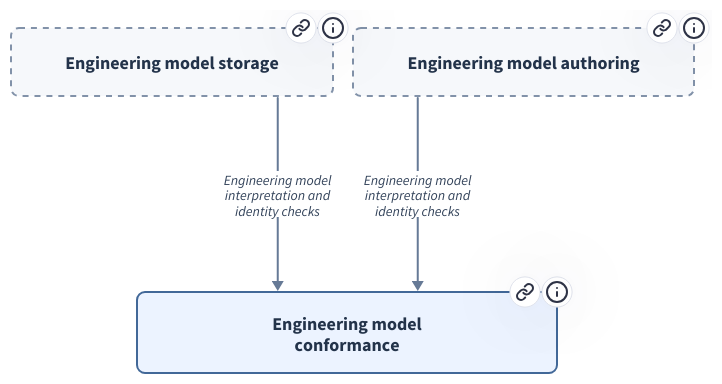
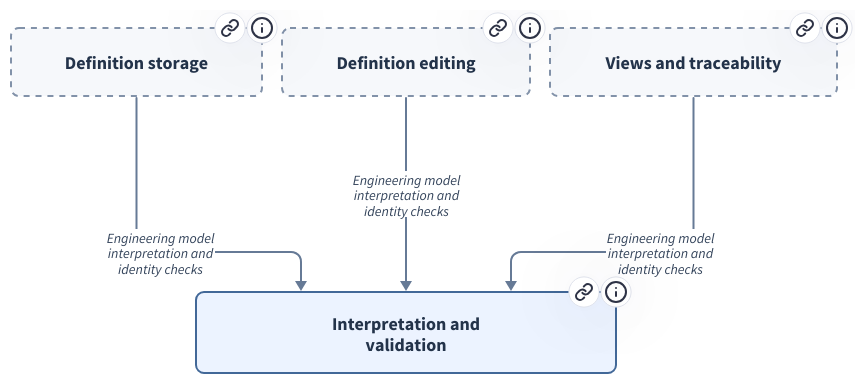
The diagram in design/architecture/views/browser/diagrams/module-MOD-003.d2 (xiongxianfei/rigorloop), drawn with D2 before and after one commit. The commit also changed 378 other files, not shown here.

First line of the commit message:
Refine engineering design and architecture browser

```diff
--- a/design/architecture/views/browser/diagrams/module-MOD-003.d2
+++ b/design/architecture/views/browser/diagrams/module-MOD-003.d2
@@ -1,56 +1,74 @@
 # Generated from canonical REM records; do not edit.
-# Source identity: 2cf8f01cf8087e0b226dbd431d6452970b13954a16b84408d91173987708417e
+# Source identity: 3b423207b261cd33066f4517d60da462b029232e9d9a626120e9b455a4b27e5a
 # Arrows show consumer -> provider; they do not show execution order.
 vars: {
   d2-config: {
     layout-engine: elk
   }
 }
 direction: down
 
-m_4d4f442d303033: "Engineering model\nconformance" {
+m_4d4f442d303033: "Interpretation and\nvalidation" {
   link: "#module/MOD-003"
-  tooltip: "Engineering model conformance (MOD-003)"
+  tooltip: "Interpretation and validation (MOD-003)"
   style.fill: "#ECF3FF"
   style.stroke: "#426898"
   style.font-color: "#23334A"
   style.font-size: 18
   style.border-radius: 8
   width: 420
 }
-m_4d4f442d303031: "Engineering model storage" {
+m_4d4f442d303031: "Definition storage" {
   link: "#module/MOD-001"
-  tooltip: "Engineering model storage (MOD-001)"
+  tooltip: "Definition storage (MOD-001)"
   style.fill: "#F6F8FB"
   style.stroke: "#8292A9"
   style.font-color: "#23334A"
   style.font-size: 18
   style.border-radius: 8
   style.stroke-dash: 3
 }
-m_4d4f442d303032: "Engineering model authoring" {
+m_4d4f442d303032: "Definition editing" {
   link: "#module/MOD-002"
-  tooltip: "Engineering model authoring (MOD-002)"
+  tooltip: "Definition editing (MOD-002)"
+  style.fill: "#F6F8FB"
+  style.stroke: "#8292A9"
+  style.font-color: "#23334A"
+  style.font-size: 18
+  style.border-radius: 8
+  style.stroke-dash: 3
+}
+m_4d4f442d303034: "Views and traceability" {
+  link: "#module/MOD-004"
+  tooltip: "Views and traceability (MOD-004)"
   style.fill: "#F6F8FB"
   style.stroke: "#8292A9"
   style.font-color: "#23334A"
   style.font-size: 18
   style.border-radius: 8
   style.stroke-dash: 3
 }
 m_4d4f442d303031 -> m_4d4f442d303033: "Engineering model\ninterpretation and\nidentity checks" {
   link: "#interface/IF-002"
   tooltip: "Engineering model interpretation and identity checks (IF-002)"
   style.stroke: "#667A96"
   style.font-color: "#34445B"
   style.fill: "#FFFFFF"
   style.font-size: 14
 }
 m_4d4f442d303032 -> m_4d4f442d303033: "Engineering model\ninterpretation and\nidentity checks" {
   link: "#interface/IF-002"
   tooltip: "Engineering model interpretation and identity checks (IF-002)"
   style.stroke: "#667A96"
   style.font-color: "#34445B"
   style.fill: "#FFFFFF"
   style.font-size: 14
 }
+m_4d4f442d303034 -> m_4d4f442d303033: "Engineering model\ninterpretation and\nidentity checks" {
+  link: "#interface/IF-002"
+  tooltip: "Engineering model interpretation and identity checks (IF-002)"
+  style.stroke: "#667A96"
+  style.font-color: "#34445B"
+  style.fill: "#FFFFFF"
+  style.font-size: 14
+}
```
